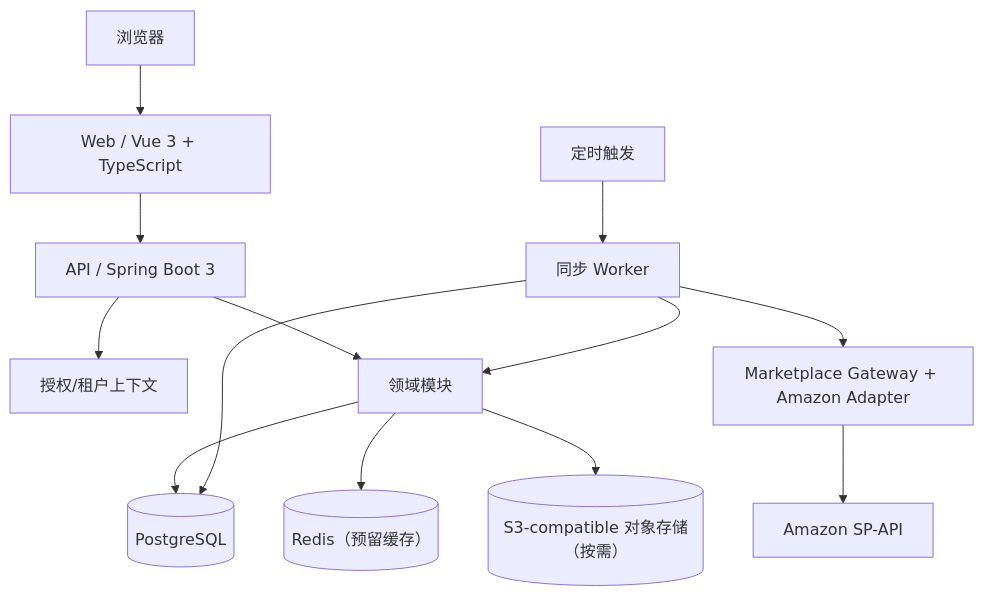
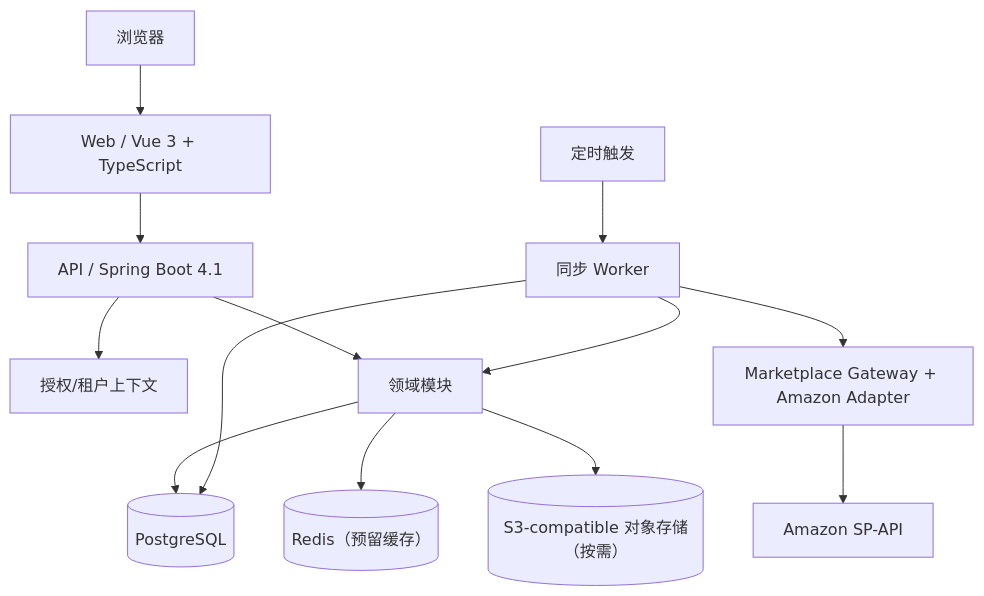
The second of 2 diagrams in docs/architecture/overview.md (kunlong-luo/merchivra), drawn with Mermaid before and after one commit. The commit also changed other lines of this file and 9 other files, not shown here.

First line of the commit message:
build: enforce npm ci and Node 24 actions, document Spring Boot 4 / Vite 8 migration

````diff
--- a/docs/architecture/overview.md
+++ b/docs/architecture/overview.md
@@ -21,15 +21,15 @@
 ```mermaid
 flowchart TB
 Browser["浏览器"] --> Web["Web / Vue 3 + TypeScript"]
-Web --> API["API / Spring Boot 3"]
+Web --> API["API / Spring Boot 4.1"]
 API --> Identity["授权/租户上下文"]
 API --> Domain["领域模块"]
 Scheduler["定时触发"] --> Worker["同步 Worker"]
 Worker --> Domain
 Worker --> Adapter["Marketplace Gateway + Amazon Adapter"]
 Adapter --> SPAPI["Amazon SP-API"]
 Domain --> PG[("PostgreSQL")]
 Domain --> Redis[("Redis（预留缓存）")]
 Domain --> Files[("S3-compatible 对象存储（按需）")]
 Worker --> PG
 ```
````
